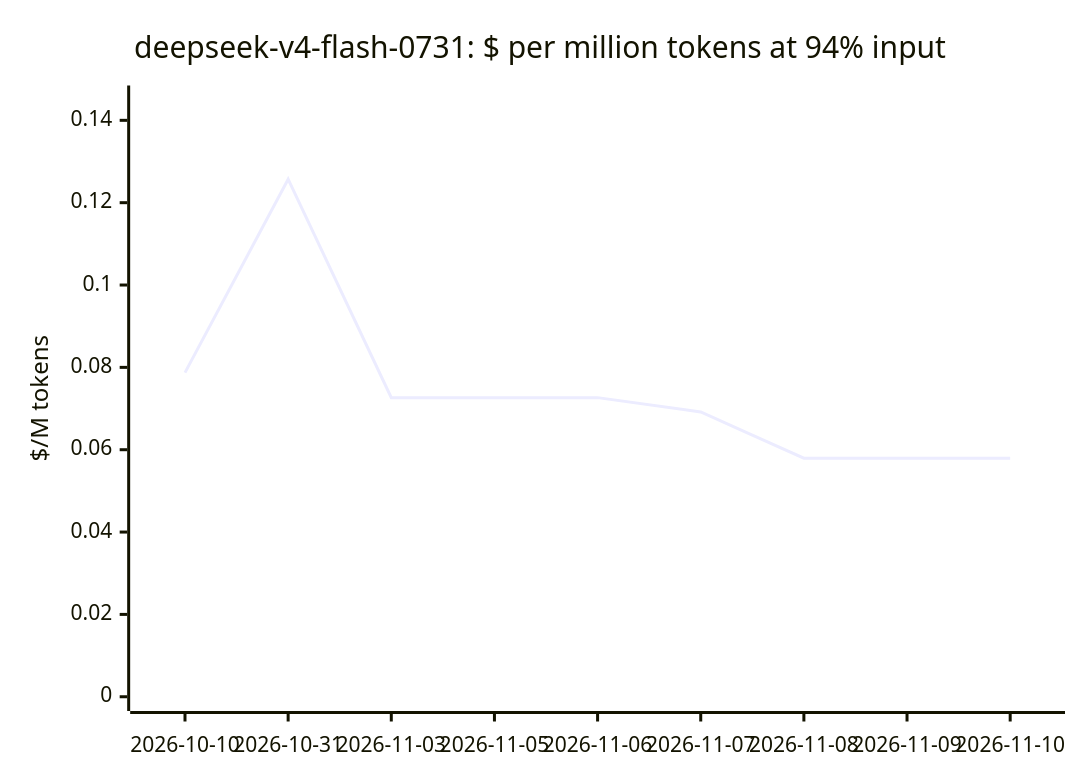
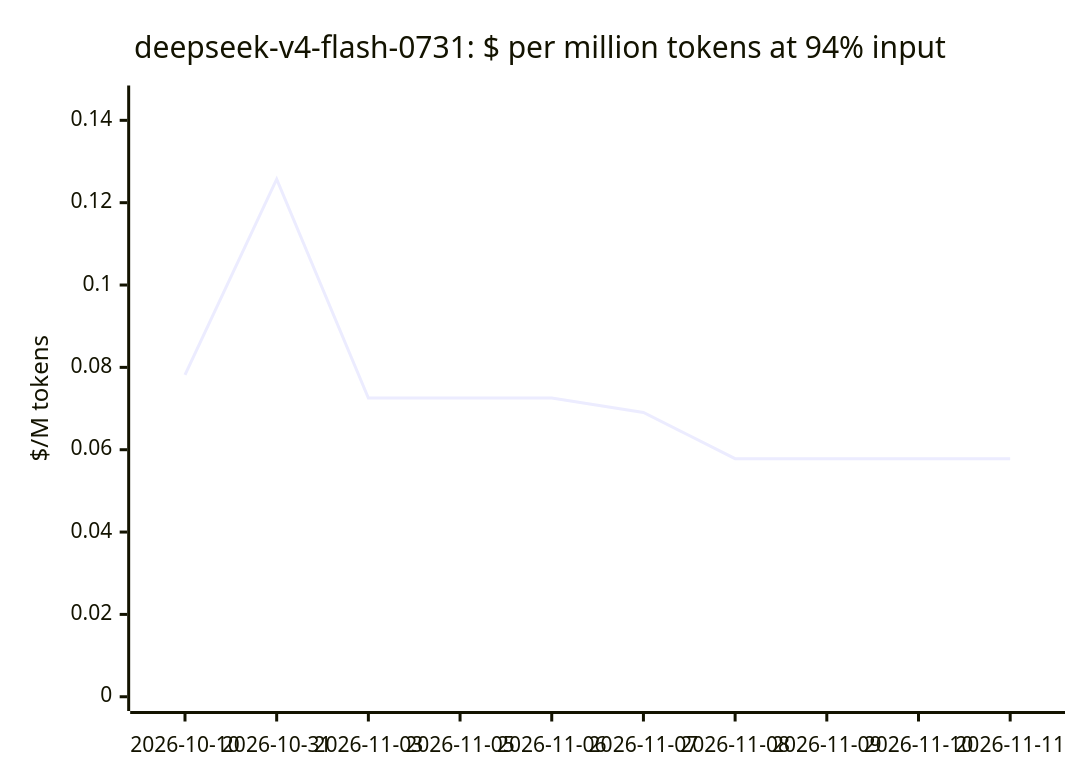
One commit to cklukas/OMEGA_TRANSFORM changed the ninth of 19 diagrams in docs/openrouter-models.md. Above: the diagram before and after it, drawn with Mermaid. The commit also changed other lines of this file and 43 other files, not shown here.

````diff
--- a/docs/openrouter-models.md
+++ b/docs/openrouter-models.md
@@ -208,7 +208,7 @@
 ```mermaid
 xychart-beta
     title "deepseek-v4-flash-0731: $ per million tokens at 94% input"
-    x-axis ["2026-10-10", "2026-10-31", "2026-11-03", "2026-11-05", "2026-11-06", "2026-11-07", "2026-11-08", "2026-11-09", "2026-11-10"]
+    x-axis ["2026-10-10", "2026-10-31", "2026-11-03", "2026-11-05", "2026-11-06", "2026-11-07", "2026-11-08", "2026-11-09", "2026-11-10", "2026-11-11"]
     y-axis "$/M tokens" 0 --> 0.145
-    line [0.07872, 0.1257, 0.07265, 0.07265, 0.07265, 0.06916, 0.05793, 0.05793, 0.05793]
+    line [0.07816, 0.1257, 0.07254, 0.07254, 0.07254, 0.06905, 0.05782, 0.05782, 0.05782, 0.05782]
 ```
````
